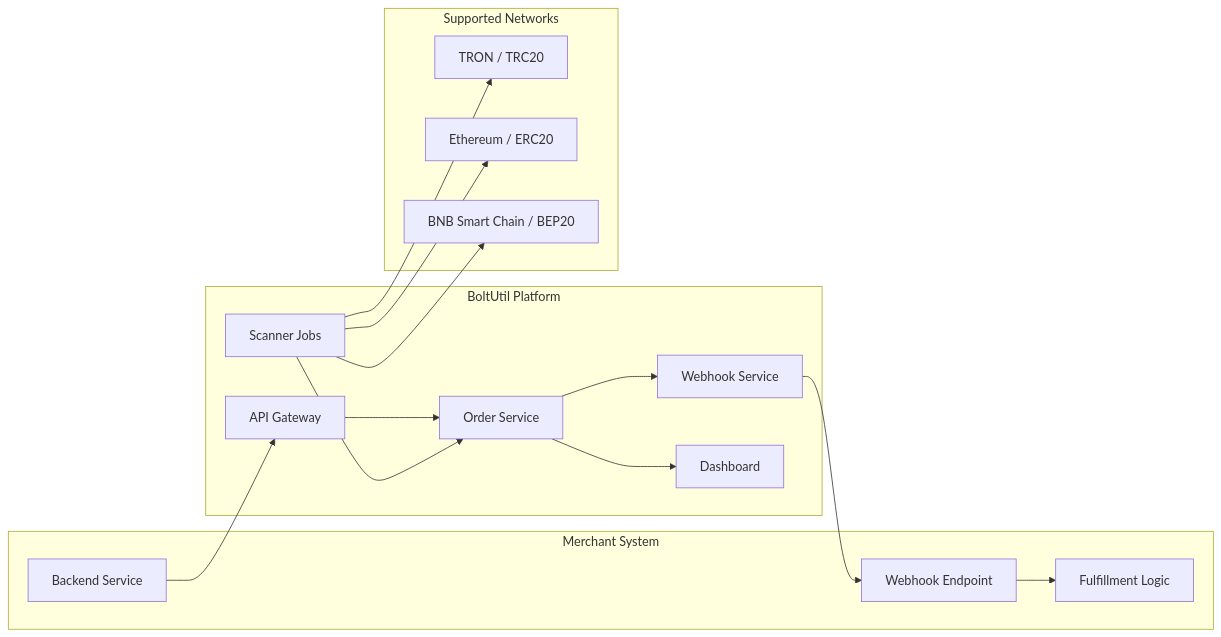
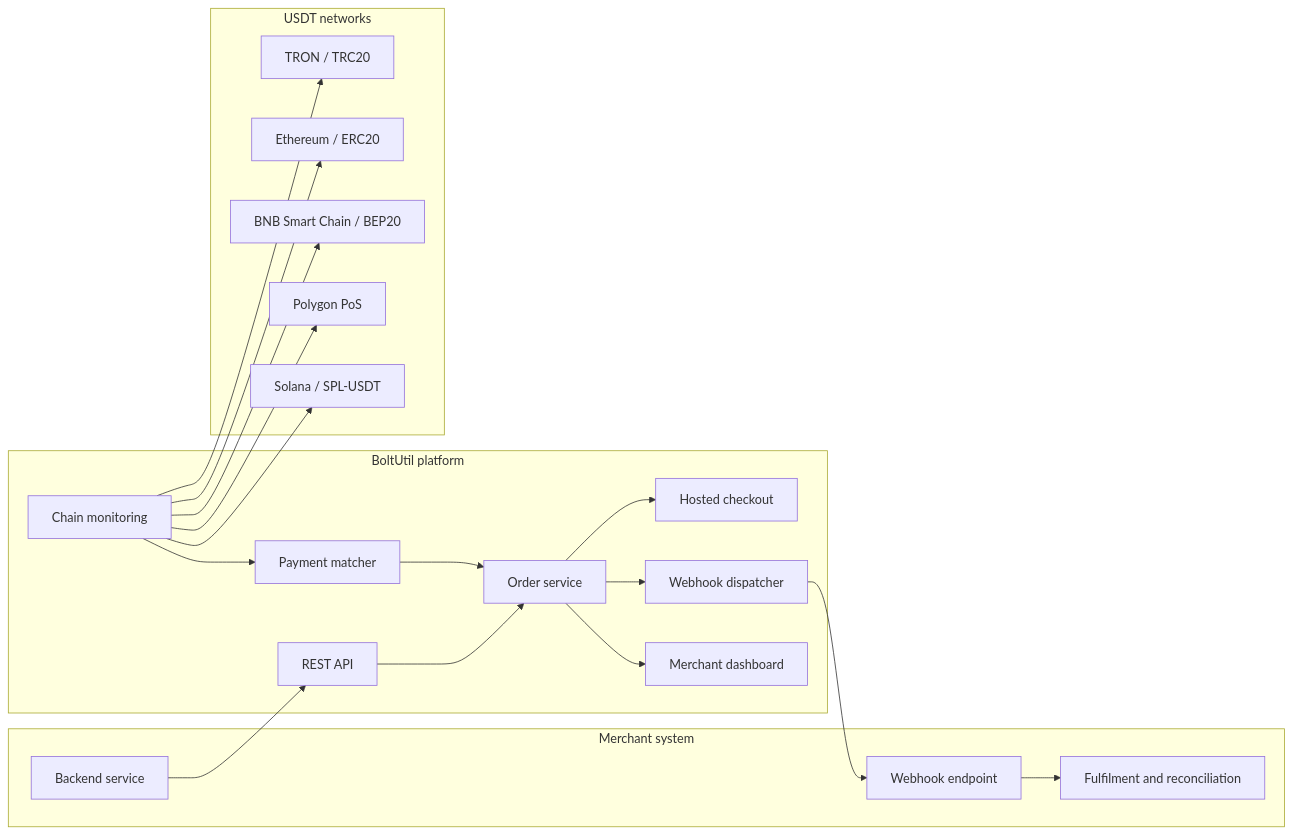
Before and after one commit to changye0413/BoltUtil: the second of 2 diagrams in README.md, drawn with Mermaid. The commit also changed other lines of this file, not shown here.

````diff
--- a/README.md
+++ b/README.md
@@ -143,33 +237,41 @@
 ```mermaid
 flowchart LR
-    subgraph Merchant["Merchant System"]
-        M1["Backend Service"]
-        M2["Fulfillment Logic"]
-        M3["Webhook Endpoint"]
+    subgraph Merchant["Merchant system"]
+        M1["Backend service"]
+        M2["Webhook endpoint"]
+        M3["Fulfilment and reconciliation"]
     end
 
-    subgraph BoltUtil["BoltUtil Platform"]
-        B1["API Gateway"]
-        B2["Order Service"]
-        B3["Scanner Jobs"]
-        B4["Webhook Service"]
-        B5["Dashboard"]
+    subgraph BoltUtil["BoltUtil platform"]
+        B1["REST API"]
+        B2["Order service"]
+        B3["Hosted checkout"]
+        B4["Chain monitoring"]
+        B5["Payment matcher"]
+        B6["Webhook dispatcher"]
+        B7["Merchant dashboard"]
     end
 
-    subgraph Chains["Supported Networks"]
+    subgraph Networks["USDT networks"]
         C1["TRON / TRC20"]
         C2["Ethereum / ERC20"]
         C3["BNB Smart Chain / BEP20"]
+        C4["Polygon PoS"]
+        C5["Solana / SPL-USDT"]
     end
 
     M1 --> B1
     B1 --> B2
-    B2 --> B5
-    B3 --> C1
-    B3 --> C2
-    B3 --> C3
-    B3 --> B2
-    B2 --> B4
-    B4 --> M3
-    M3 --> M2
+    B2 --> B3
+    B4 --> C1
+    B4 --> C2
+    B4 --> C3
+    B4 --> C4
+    B4 --> C5
+    B4 --> B5
+    B5 --> B2
+    B2 --> B6
+    B6 --> M2
+    M2 --> M3
+    B2 --> B7
 ```
````
